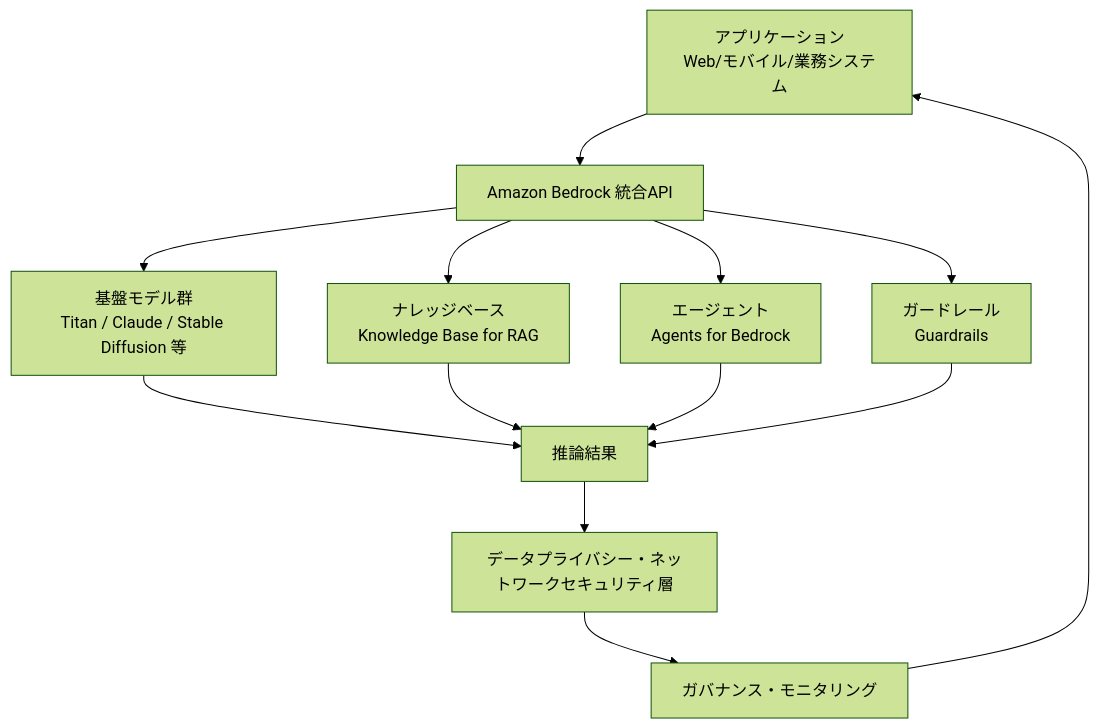
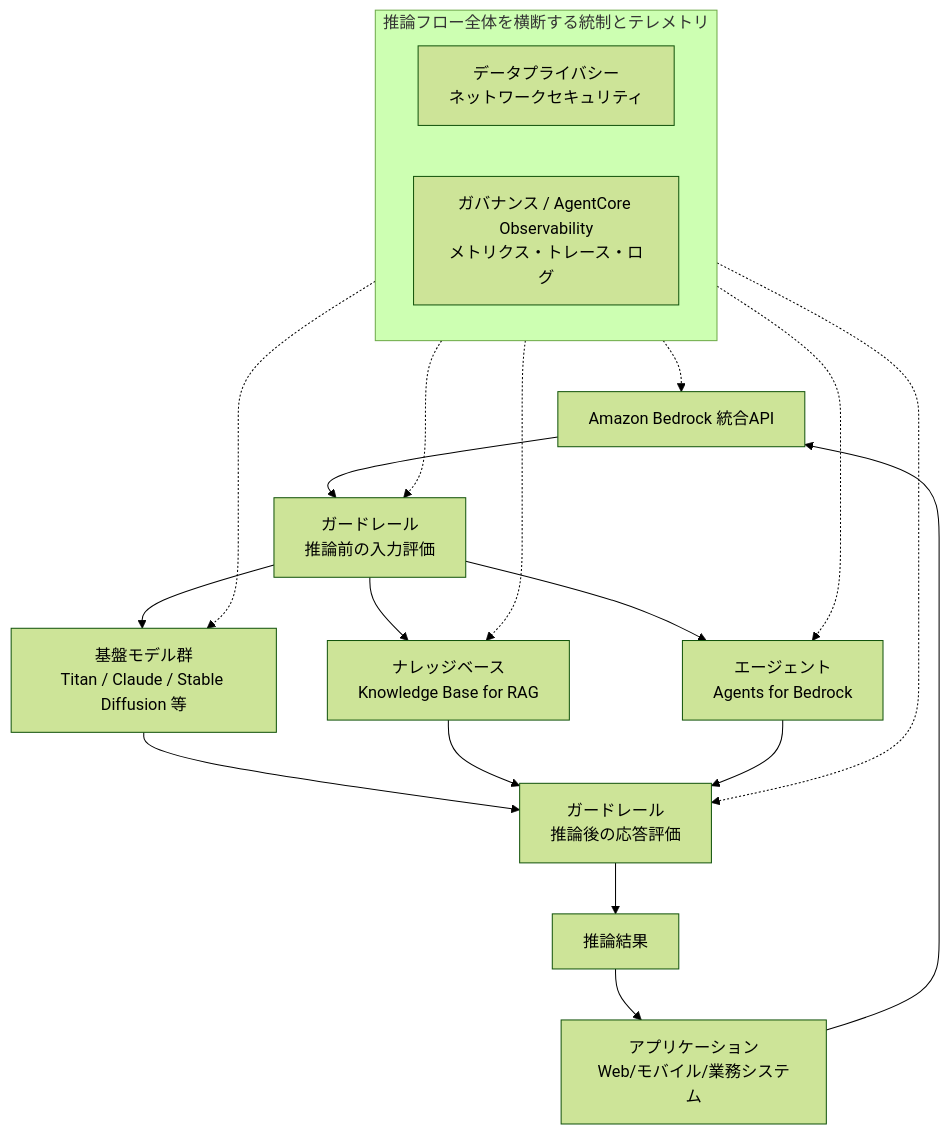
The ninth of 9 diagrams in Generative-ai-on-aws-guide.md (myoshi2891/Comparison-of-LLMs), drawn with Mermaid (forest theme) before and after one commit. The commit also changed other lines of this file, not shown here.

Commit message:
docs(generative-ai-aws): update Bedrock architecture diagram and clarify official source citations

````diff
--- a/Generative-ai-on-aws-guide.md
+++ b/Generative-ai-on-aws-guide.md
@@ -406,15 +409,23 @@
 ```mermaid
 flowchart TB
     A["アプリケーション<br/>Web/モバイル/業務システム"] --> B["Amazon Bedrock 統合API"]
-    B --> C["基盤モデル群<br/>Titan / Claude / Stable Diffusion 等"]
-    B --> D["ナレッジベース<br/>Knowledge Base for RAG"]
-    B --> E["エージェント<br/>Agents for Bedrock"]
-    B --> F["ガードレール<br/>Guardrails"]
-    C --> G["推論結果"]
-    D --> G
-    E --> G
-    F --> G
-    G --> H["データプライバシー・ネットワークセキュリティ層"]
-    H --> I["ガバナンス・モニタリング"]
-    I --> A
+    B --> GI["ガードレール<br/>推論前の入力評価"]
+    GI --> C["基盤モデル群<br/>Titan / Claude / Stable Diffusion 等"]
+    GI --> D["ナレッジベース<br/>Knowledge Base for RAG"]
+    GI --> E["エージェント<br/>Agents for Bedrock"]
+    C --> GO["ガードレール<br/>推論後の応答評価"]
+    D --> GO
+    E --> GO
+    GO --> G["推論結果"]
+    G --> A
+    subgraph X["推論フロー全体を横断する統制とテレメトリ"]
+        H["データプライバシー<br/>ネットワークセキュリティ"]
+        I["ガバナンス / AgentCore Observability<br/>メトリクス・トレース・ログ"]
+    end
+    X -.-> B
+    X -.-> GI
+    X -.-> C
+    X -.-> D
+    X -.-> E
+    X -.-> GO
 ```
````
